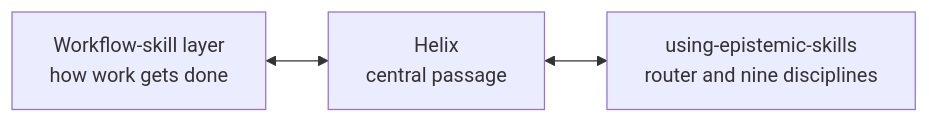
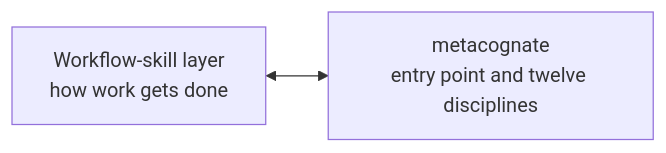
One commit to ZMS-Labs/epistemic-skills changed the first of 2 diagrams in README.md. Above: the diagram before and after it, drawn with Mermaid. The commit also changed other lines of this file and 292 other files, not shown here.

First line of the commit message:
feat: epistemic-skills v5.0.0 core — four disciplines added, the routing layer deleted (#94)

````diff
--- a/README.md
+++ b/README.md
@@ -106,5 +107,4 @@
 ```mermaid
 flowchart LR
-    W["Workflow-skill layer<br/>how work gets done"] <--> H["Helix<br/>central passage"]
-    H <--> E["using-epistemic-skills<br/>router and nine disciplines"]
+    W["Workflow-skill layer<br/>how work gets done"] <--> M["metacognate<br/>entry point and twelve disciplines"]
 ```
````
